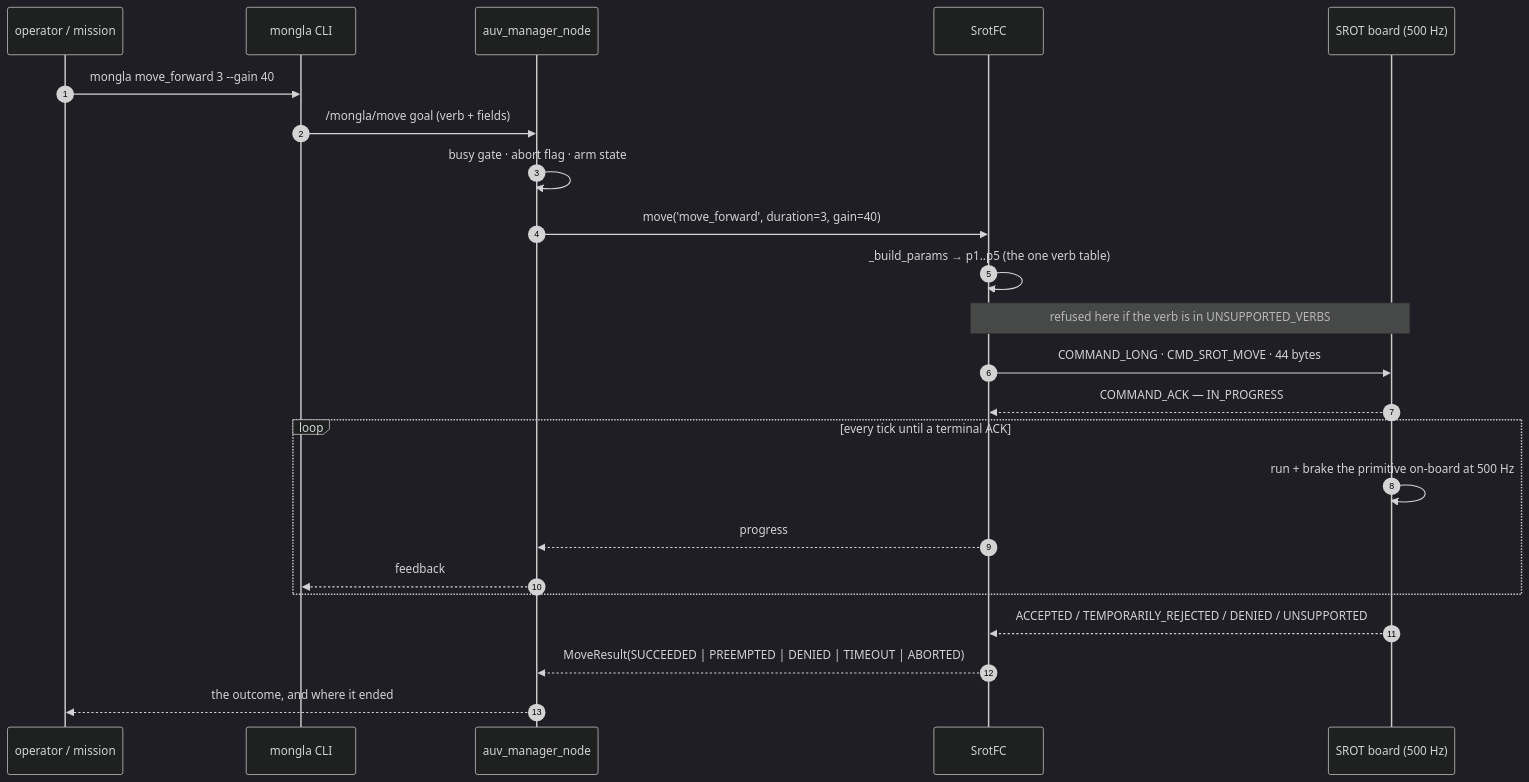
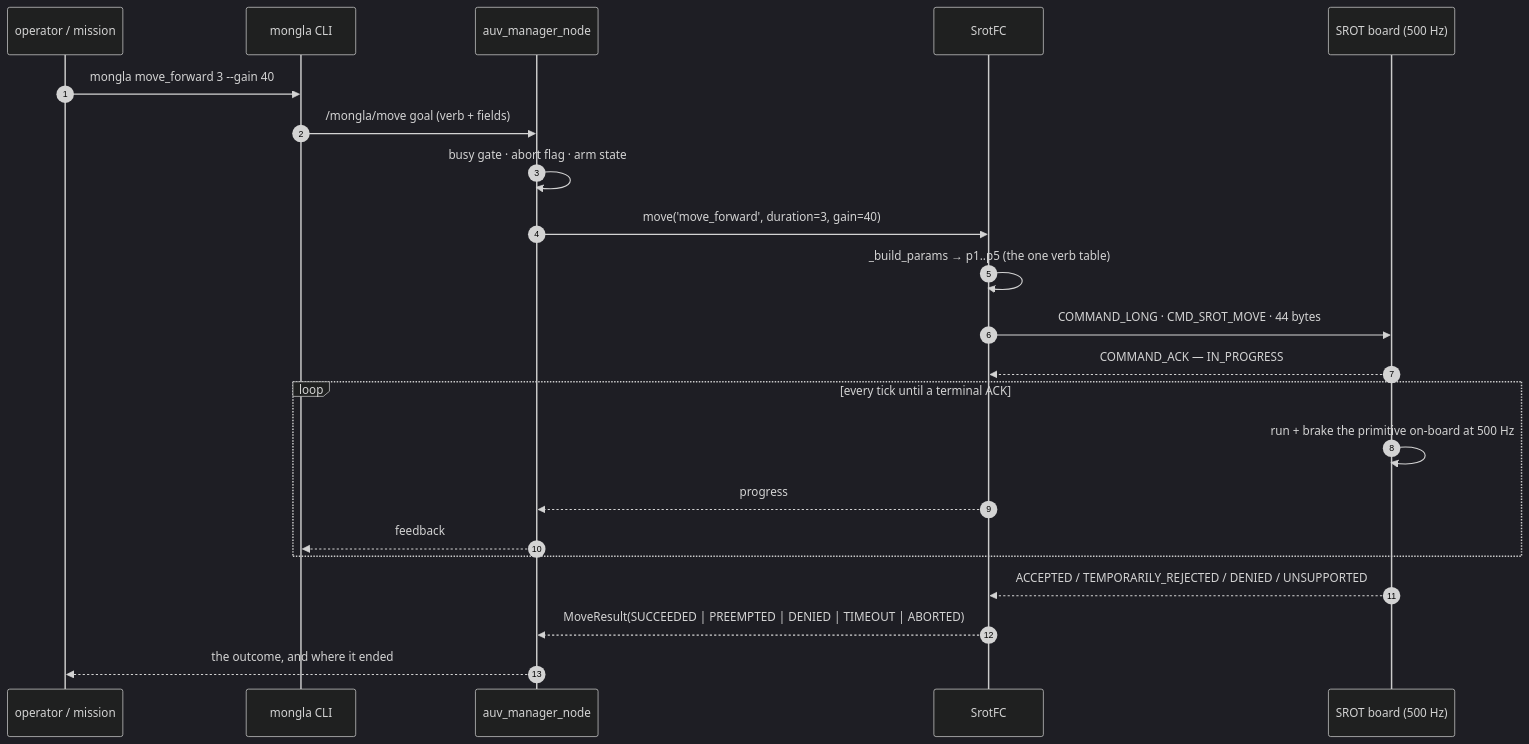
One commit to fh1m/mongla_ws changed the fourth of 10 diagrams in README.md. Above: the diagram before and after it, drawn with Mermaid (dark theme). The commit also changed other lines of this file and 672 other files, not shown here.

````diff
--- a/README.md
+++ b/README.md
@@ -227,25 +224,24 @@
 ```mermaid
 sequenceDiagram
     autonumber
     participant Op as operator / mission
     participant CLI as mongla CLI
     participant AS as auv_manager_node
     participant FC as SrotFC
     participant BD as SROT board (500 Hz)
     Op->>CLI: mongla move_forward 3 --gain 40
     CLI->>AS: /mongla/move goal (verb + fields)
     AS->>AS: busy gate · abort flag · arm state
     AS->>FC: move('move_forward', duration=3, gain=40)
     FC->>FC: _build_params → p1..p5 (the one verb table)
-    Note over FC,BD: refused here if the verb is in UNSUPPORTED_VERBS
     FC->>BD: COMMAND_LONG · CMD_SROT_MOVE · 44 bytes
     BD-->>FC: COMMAND_ACK — IN_PROGRESS
     loop every tick until a terminal ACK
         BD->>BD: run + brake the primitive on-board at 500 Hz
         FC-->>AS: progress
         AS-->>CLI: feedback
     end
     BD-->>FC: ACCEPTED / TEMPORARILY_REJECTED / DENIED / UNSUPPORTED
     FC-->>AS: MoveResult(SUCCEEDED | PREEMPTED | DENIED | TIMEOUT | ABORTED)
     AS-->>Op: the outcome, and where it ended
 ```
````
